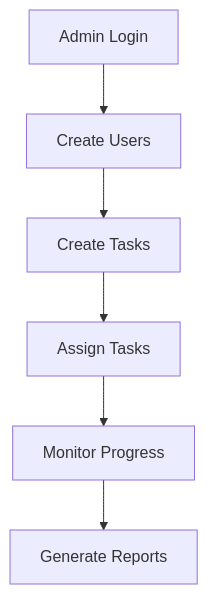
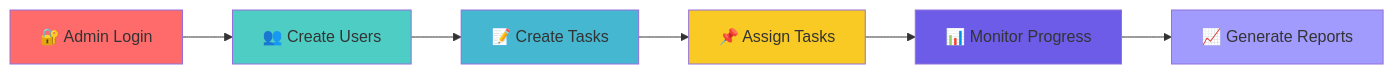
One commit to deepakdey412/TaskifyPro---Professional-Task-Management-System changed the second of 4 diagrams in README.md. Above: the diagram before and after it, drawn with Mermaid. The commit also changed other lines of this file, not shown here.

````diff
--- a/README.md
+++ b/README.md
@@ -219,8 +394,15 @@
 ```mermaid
-graph TD
-    A[Admin Login] --> B[Create Users]
-    B --> C[Create Tasks]
-    C --> D[Assign Tasks]
-    D --> E[Monitor Progress]
-    E --> F[Generate Reports]
+flowchart LR
+    A[🔐 Admin Login] --> B[👥 Create Users]
+    B --> C[📝 Create Tasks] 
+    C --> D[📌 Assign Tasks]
+    D --> E[📊 Monitor Progress]
+    E --> F[📈 Generate Reports]
+    
+    style A fill:#ff6b6b
+    style B fill:#4ecdc4
+    style C fill:#45b7d1
+    style D fill:#f9ca24
+    style E fill:#6c5ce7
+    style F fill:#a29bfe
 ```
````
